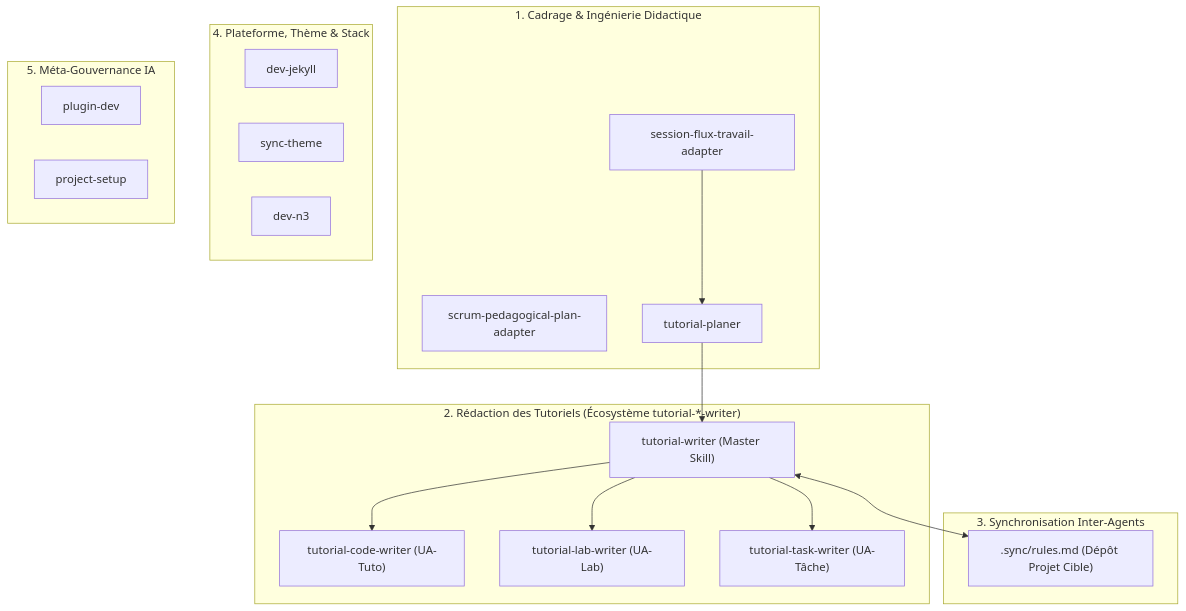
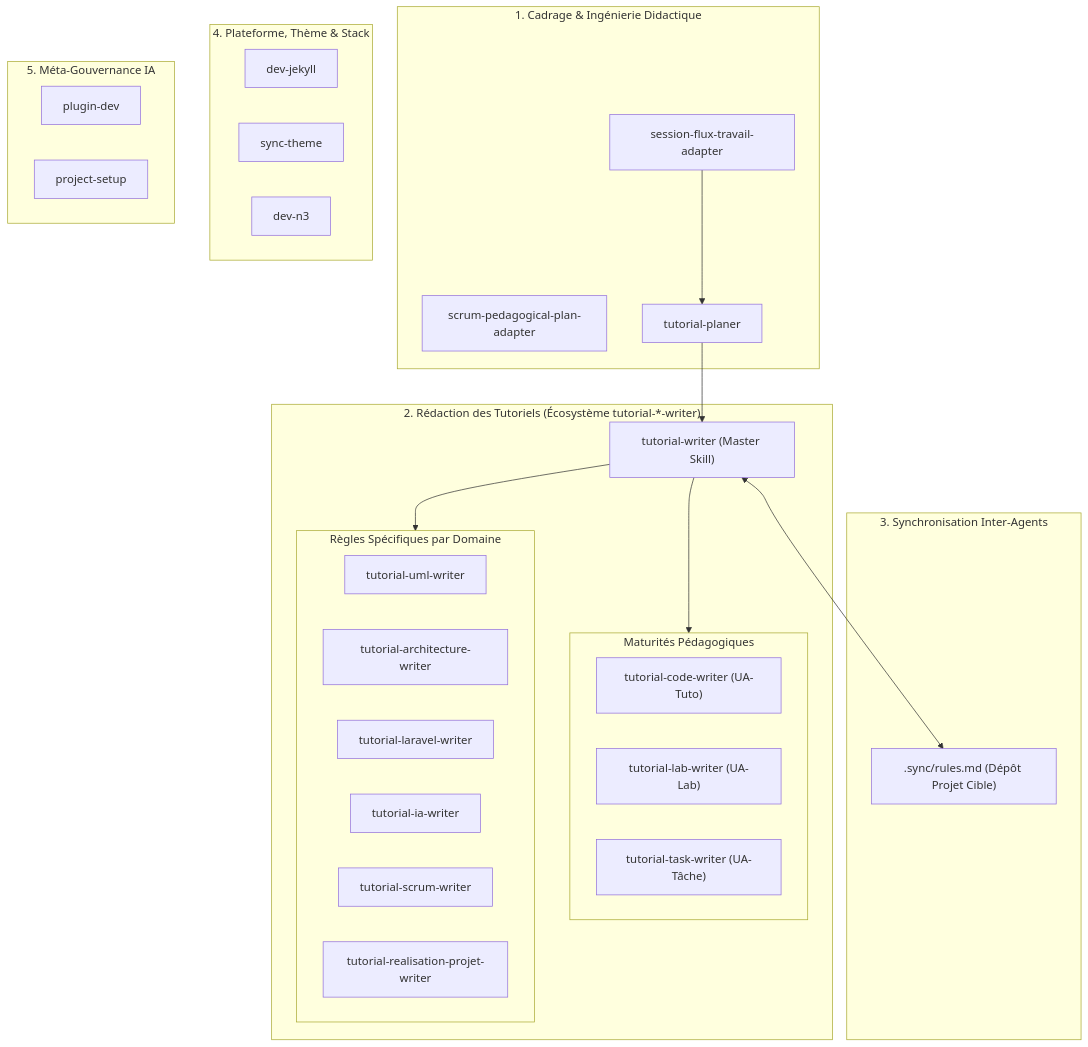
The diagram in .agents/README.md (solicode-web-mobile/autoformations-professionaliser), drawn with Mermaid before and after one commit. The commit also changed other lines of this file and 20 other files, not shown here.

````diff
--- a/.agents/README.md
+++ b/.agents/README.md
@@ -11,37 +11,46 @@
 ```mermaid
 flowchart TD
     subgraph Cadrage ["1. Cadrage & Ingénierie Didactique"]
         Adapter["session-flux-travail-adapter"]
         Scrum["scrum-pedagogical-plan-adapter"]
         Planer["tutorial-planer"]
     end
 
     subgraph Redaction ["2. Rédaction des Tutoriels (Écosystème tutorial-*-writer)"]
         Master["tutorial-writer (Master Skill)"]
-        Code["tutorial-code-writer (UA-Tuto)"]
-        Lab["tutorial-lab-writer (UA-Lab)"]
-        Task["tutorial-task-writer (UA-Tâche)"]
+        subgraph Formats ["Maturités Pédagogiques"]
+            Code["tutorial-code-writer (UA-Tuto)"]
+            Lab["tutorial-lab-writer (UA-Lab)"]
+            Task["tutorial-task-writer (UA-Tâche)"]
+        end
+        subgraph Domaines ["Règles Spécifiques par Domaine"]
+            DomUml["tutorial-uml-writer"]
+            DomArch["tutorial-architecture-writer"]
+            DomLar["tutorial-laravel-writer"]
+            DomIA["tutorial-ia-writer"]
+            DomScrum["tutorial-scrum-writer"]
+            DomProj["tutorial-realisation-projet-writer"]
+        end
     end
 
     subgraph Synchronisation ["3. Synchronisation Inter-Agents"]
         SyncRules[".sync/rules.md (Dépôt Projet Cible)"]
     end
 
     subgraph Socle ["4. Plateforme, Thème & Stack"]
         Jekyll["dev-jekyll"]
         Theme["sync-theme"]
         N3["dev-n3"]
     end
 
     subgraph Gouvernance ["5. Méta-Gouvernance IA"]
         PluginDev["plugin-dev"]
         Setup["project-setup"]
     end
 
     Adapter --> Planer
     Planer --> Master
-    Master --> Code
-    Master --> Lab
-    Master --> Task
+    Master --> Formats
+    Master --> Domaines
     Master <--> SyncRules
 ```
````
